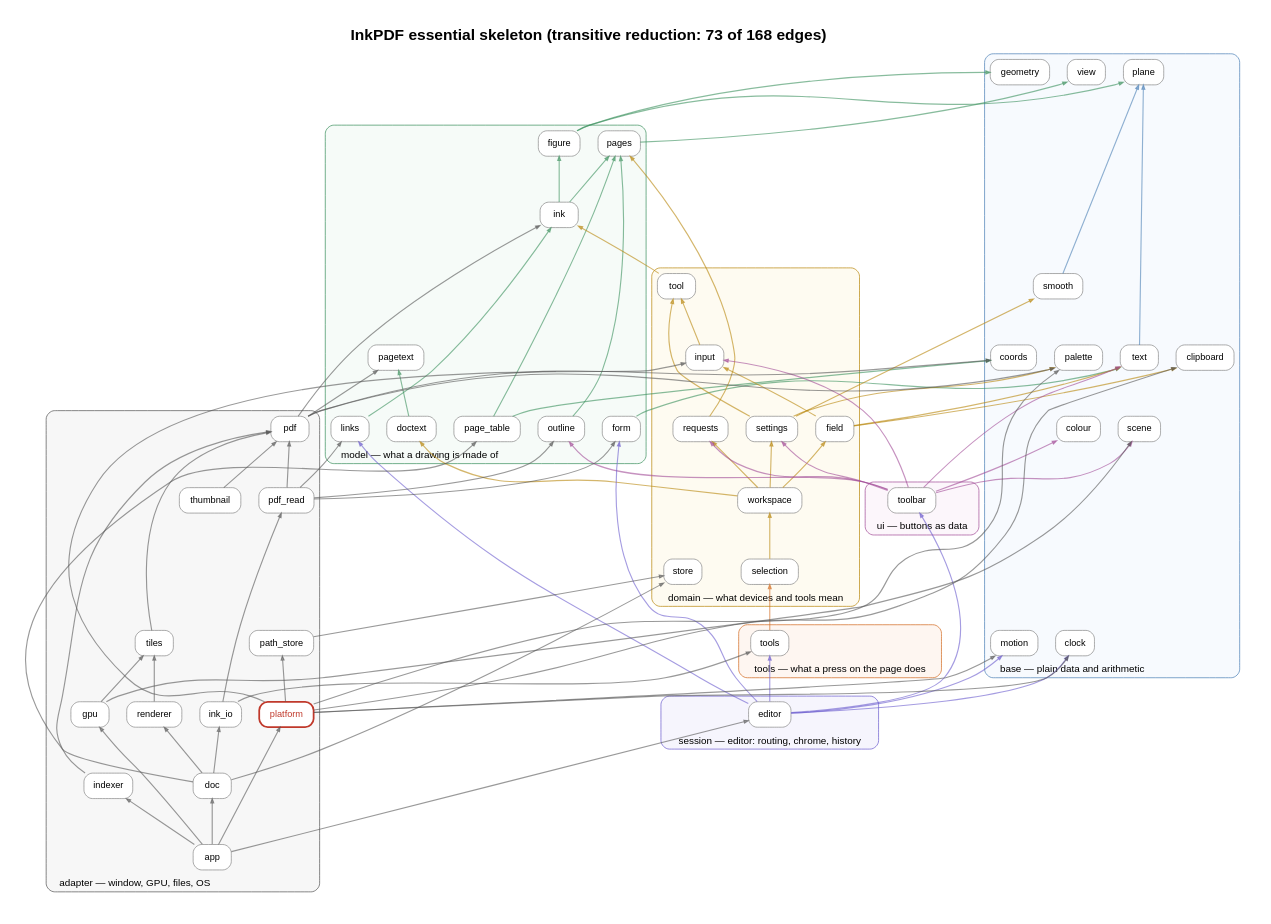
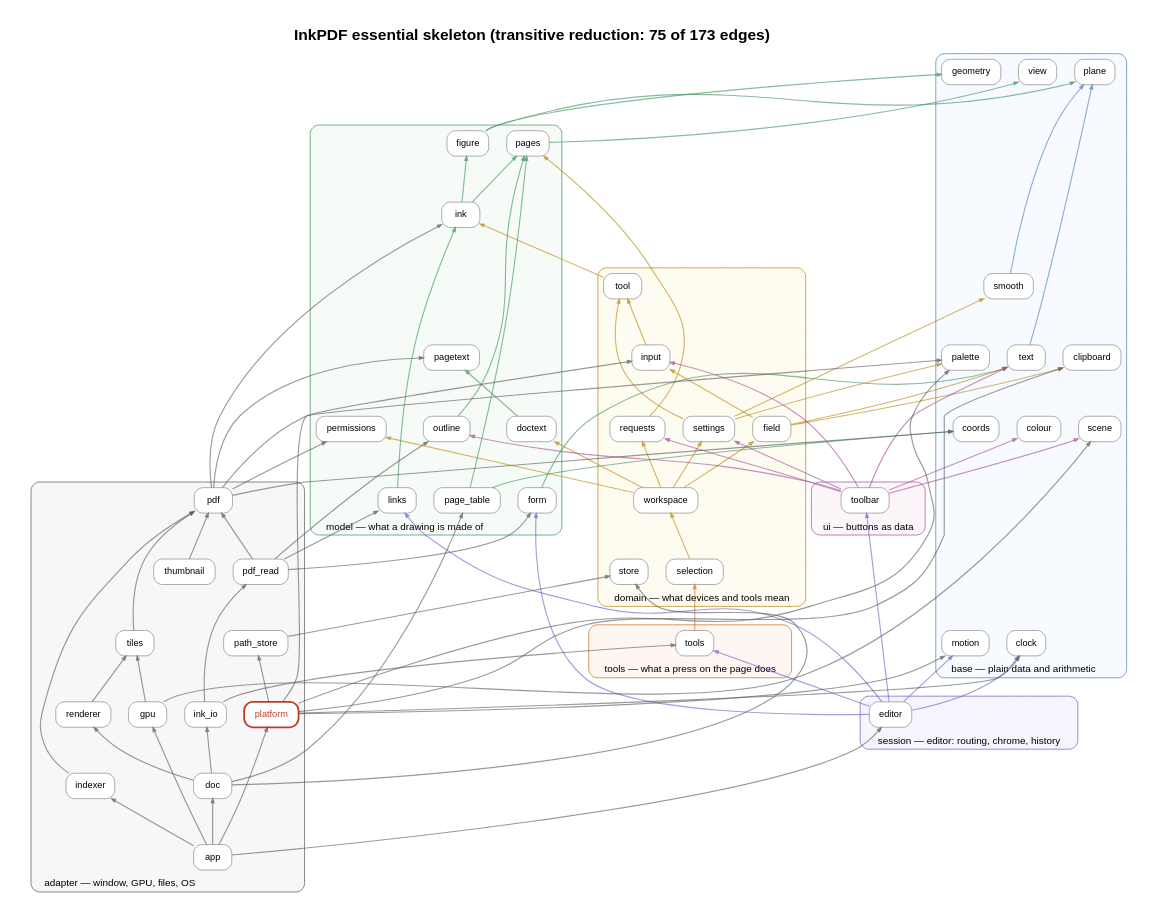
Before and after one commit to rajatmo/inkpdf: the diagram in docs/deps/skeleton.dot, drawn with Graphviz. The commit also changed 76 other files, not shown here.

```diff
--- a/docs/deps/skeleton.dot
+++ b/docs/deps/skeleton.dot
@@ -1,137 +1,140 @@
 digraph G {
 rankdir=BT; newrank=true; compound=true; splines=true; nodesep=0.35; ranksep=0.9; pad=0.4;
-label=<<b>InkPDF essential skeleton (transitive reduction: 73 of 168 edges)</b>>; labelloc=t; fontsize=22; fontname="Helvetica";
+label=<<b>InkPDF essential skeleton (transitive reduction: 75 of 173 edges)</b>>; labelloc=t; fontsize=22; fontname="Helvetica";
 node [shape=box, style="rounded,filled", fontname="Helvetica", fontsize=13, margin="0.14,0.07", color="#888888"];
 edge [arrowsize=0.6];
 subgraph cluster_Base { label="base — plain data and arithmetic"; labeljust=l; fontname="Helvetica"; fontsize=14; style="rounded,filled"; fillcolor="#e8f1fb55"; color="#4a7fb5";
   "clipboard" [fillcolor="white"];
   "clock" [fillcolor="white"];
   "colour" [fillcolor="white"];
   "coords" [fillcolor="white"];
   "geometry" [fillcolor="white"];
   "motion" [fillcolor="white"];
   "palette" [fillcolor="white"];
   "plane" [fillcolor="white"];
   "scene" [fillcolor="white"];
   "smooth" [fillcolor="white"];
   "text" [fillcolor="white"];
   "view" [fillcolor="white"];
 }
 subgraph cluster_Model { label="model — what a drawing is made of"; labeljust=l; fontname="Helvetica"; fontsize=14; style="rounded,filled"; fillcolor="#e3f4ea55"; color="#3a8f5c";
   "doctext" [fillcolor="white"];
   "figure" [fillcolor="white"];
   "form" [fillcolor="white"];
   "ink" [fillcolor="white"];
   "links" [fillcolor="white"];
   "outline" [fillcolor="white"];
   "page_table" [fillcolor="white"];
   "pages" [fillcolor="white"];
   "pagetext" [fillcolor="white"];
+  "permissions" [fillcolor="white"];
 }
 subgraph cluster_Domain { label="domain — what devices and tools mean"; labeljust=l; fontname="Helvetica"; fontsize=14; style="rounded,filled"; fillcolor="#fdf3d655"; color="#b8860b";
   "field" [fillcolor="white"];
   "input" [fillcolor="white"];
   "requests" [fillcolor="white"];
   "selection" [fillcolor="white"];
   "settings" [fillcolor="white"];
   "store" [fillcolor="white"];
   "tool" [fillcolor="white"];
   "workspace" [fillcolor="white"];
 }
 subgraph cluster_Ui { label="ui — buttons as data"; labeljust=l; fontname="Helvetica"; fontsize=14; style="rounded,filled"; fillcolor="#f6e4f355"; color="#a14a96";
   "toolbar" [fillcolor="white"];
 }
 subgraph cluster_Tools { label="tools — what a press on the page does"; labeljust=l; fontname="Helvetica"; fontsize=14; style="rounded,filled"; fillcolor="#fde5d455"; color="#d2691e";
   "tools" [fillcolor="white"];
 }
 subgraph cluster_Session { label="session — editor: routing, chrome, history"; labeljust=l; fontname="Helvetica"; fontsize=14; style="rounded,filled"; fillcolor="#e4e1f855"; color="#6a5acd";
   "editor" [fillcolor="white"];
 }
 subgraph cluster_Adapter { label="adapter — window, GPU, files, OS"; labeljust=l; fontname="Helvetica"; fontsize=14; style="rounded,filled"; fillcolor="#e6e6e655"; color="#555555";
   "app" [fillcolor="white"];
   "doc" [fillcolor="white"];
   "gpu" [fillcolor="white"];
   "indexer" [fillcolor="white"];
   "ink_io" [fillcolor="white"];
   "path_store" [fillcolor="white"];
   "pdf" [fillcolor="white"];
   "pdf_read" [fillcolor="white"];
   "platform" [fillcolor="white" penwidth=2.5 color="#c0392b" fontcolor="#c0392b"];
   "renderer" [fillcolor="white"];
   "thumbnail" [fillcolor="white"];
   "tiles" [fillcolor="white"];
 }
 "app" -> "doc" [color="#55555599", penwidth=1.60, tooltip="3 uses"];
 "app" -> "editor" [color="#55555599", penwidth=1.60, tooltip="6 uses"];
 "app" -> "gpu" [color="#55555599", penwidth=1.60, tooltip="5 uses"];
 "app" -> "indexer" [color="#55555599", penwidth=1.60, tooltip="2 uses"];
 "app" -> "platform" [color="#55555599", penwidth=1.60, tooltip="2 uses"];
 "doc" -> "ink_io" [color="#55555599", penwidth=1.60, tooltip="1 uses"];
 "doc" -> "page_table" [color="#55555599", penwidth=1.60, tooltip="2 uses"];
 "doc" -> "renderer" [color="#55555599", penwidth=1.60, tooltip="1 uses"];
 "doc" -> "store" [color="#55555599", penwidth=1.60, tooltip="1 uses"];
 "doctext" -> "pagetext" [color="#3a8f5c99", penwidth=1.60, tooltip="1 uses"];
 "editor" -> "clock" [color="#6a5acd99", penwidth=1.60, tooltip="1 uses"];
 "editor" -> "form" [color="#6a5acd99", penwidth=1.60, tooltip="4 uses"];
 "editor" -> "links" [color="#6a5acd99", penwidth=1.60, tooltip="5 uses"];
 "editor" -> "motion" [color="#6a5acd99", penwidth=1.60, tooltip="4 uses"];
-"editor" -> "toolbar" [color="#6a5acd99", penwidth=1.60, tooltip="17 uses"];
+"editor" -> "toolbar" [color="#6a5acd99", penwidth=1.60, tooltip="22 uses"];
 "editor" -> "tools" [color="#6a5acd99", penwidth=1.60, tooltip="13 uses"];
 "field" -> "clipboard" [color="#b8860b99", penwidth=1.60, tooltip="1 uses"];
 "field" -> "input" [color="#b8860b99", penwidth=1.60, tooltip="1 uses"];
 "field" -> "text" [color="#b8860b99", penwidth=1.60, tooltip="1 uses"];
 "figure" -> "geometry" [color="#3a8f5c99", penwidth=1.60, tooltip="1 uses"];
 "figure" -> "plane" [color="#3a8f5c99", penwidth=1.60, tooltip="1 uses"];
 "form" -> "text" [color="#3a8f5c99", penwidth=1.60, tooltip="1 uses"];
 "gpu" -> "scene" [color="#55555599", penwidth=1.60, tooltip="1 uses"];
 "gpu" -> "tiles" [color="#55555599", penwidth=1.60, tooltip="2 uses"];
 "indexer" -> "pdf" [color="#55555599", penwidth=1.60, tooltip="1 uses"];
 "ink" -> "figure" [color="#3a8f5c99", penwidth=1.60, tooltip="3 uses"];
 "ink" -> "pages" [color="#3a8f5c99", penwidth=1.60, tooltip="3 uses"];
 "ink_io" -> "pdf_read" [color="#55555599", penwidth=1.60, tooltip="3 uses"];
 "ink_io" -> "tools" [color="#55555599", penwidth=1.60, tooltip="1 uses"];
 "input" -> "tool" [color="#b8860b99", penwidth=1.60, tooltip="1 uses"];
 "links" -> "ink" [color="#3a8f5c99", penwidth=1.60, tooltip="1 uses"];
 "outline" -> "pages" [color="#3a8f5c99", penwidth=1.60, tooltip="1 uses"];
 "page_table" -> "coords" [color="#3a8f5c99", penwidth=1.60, tooltip="1 uses"];
 "page_table" -> "pages" [color="#3a8f5c99", penwidth=1.60, tooltip="1 uses"];
 "pages" -> "view" [color="#3a8f5c99", penwidth=1.60, tooltip="1 uses"];
 "path_store" -> "store" [color="#55555599", penwidth=1.60, tooltip="1 uses"];
 "pdf" -> "coords" [color="#55555599", penwidth=1.60, tooltip="2 uses"];
 "pdf" -> "ink" [color="#55555599", penwidth=1.60, tooltip="2 uses"];
 "pdf" -> "pagetext" [color="#55555599", penwidth=1.60, tooltip="2 uses"];
 "pdf" -> "palette" [color="#55555599", penwidth=1.60, tooltip="2 uses"];
+"pdf" -> "permissions" [color="#55555599", penwidth=1.60, tooltip="1 uses"];
 "pdf_read" -> "form" [color="#55555599", penwidth=1.60, tooltip="1 uses"];
 "pdf_read" -> "links" [color="#55555599", penwidth=1.60, tooltip="1 uses"];
 "pdf_read" -> "outline" [color="#55555599", penwidth=1.60, tooltip="1 uses"];
 "pdf_read" -> "pdf" [color="#55555599", penwidth=1.60, tooltip="1 uses"];
 "platform" -> "clipboard" [color="#55555599", penwidth=1.60, tooltip="5 uses"];
 "platform" -> "clock" [color="#55555599", penwidth=1.60, tooltip="5 uses"];
 "platform" -> "input" [color="#55555599", penwidth=1.60, tooltip="18 uses"];
 "platform" -> "motion" [color="#55555599", penwidth=1.60, tooltip="10 uses"];
 "platform" -> "palette" [color="#55555599", penwidth=1.60, tooltip="13 uses"];
 "platform" -> "path_store" [color="#55555599", penwidth=1.60, tooltip="2 uses"];
 "renderer" -> "tiles" [color="#55555599", penwidth=1.60, tooltip="1 uses"];
 "requests" -> "pages" [color="#b8860b99", penwidth=1.60, tooltip="1 uses"];
 "selection" -> "workspace" [color="#b8860b99", penwidth=1.60, tooltip="1 uses"];
 "settings" -> "palette" [color="#b8860b99", penwidth=1.60, tooltip="1 uses"];
 "settings" -> "smooth" [color="#b8860b99", penwidth=1.60, tooltip="1 uses"];
 "settings" -> "tool" [color="#b8860b99", penwidth=1.60, tooltip="1 uses"];
 "smooth" -> "plane" [color="#4a7fb599", penwidth=1.60, tooltip="1 uses"];
 "text" -> "plane" [color="#4a7fb599", penwidth=1.60, tooltip="3 uses"];
 "thumbnail" -> "pdf" [color="#55555599", penwidth=1.60, tooltip="1 uses"];
 "tiles" -> "pdf" [color="#55555599", penwidth=1.60, tooltip="1 uses"];
 "tool" -> "ink" [color="#b8860b99", penwidth=1.60, tooltip="4 uses"];
 "toolbar" -> "colour" [color="#a14a9699", penwidth=1.60, tooltip="1 uses"];
 "toolbar" -> "input" [color="#a14a9699", penwidth=1.60, tooltip="1 uses"];
 "toolbar" -> "outline" [color="#a14a9699", penwidth=1.60, tooltip="1 uses"];
 "toolbar" -> "requests" [color="#a14a9699", penwidth=1.60, tooltip="1 uses"];
 "toolbar" -> "scene" [color="#a14a9699", penwidth=1.60, tooltip="18 uses"];
 "toolbar" -> "settings" [color="#a14a9699", penwidth=1.60, tooltip="1 uses"];
-"toolbar" -> "text" [color="#a14a9699", penwidth=1.60, tooltip="4 uses"];
+"toolbar" -> "text" [color="#a14a9699", penwidth=1.60, tooltip="5 uses"];
 "tools" -> "selection" [color="#d2691e99", penwidth=1.60, tooltip="1 uses"];
 "workspace" -> "doctext" [color="#b8860b99", penwidth=1.60, tooltip="2 uses"];
 "workspace" -> "field" [color="#b8860b99", penwidth=1.60, tooltip="2 uses"];
+"workspace" -> "permissions" [color="#b8860b99", penwidth=1.60, tooltip="2 uses"];
 "workspace" -> "requests" [color="#b8860b99", penwidth=1.60, tooltip="1 uses"];
 "workspace" -> "settings" [color="#b8860b99", penwidth=1.60, tooltip="1 uses"];
 }
```
